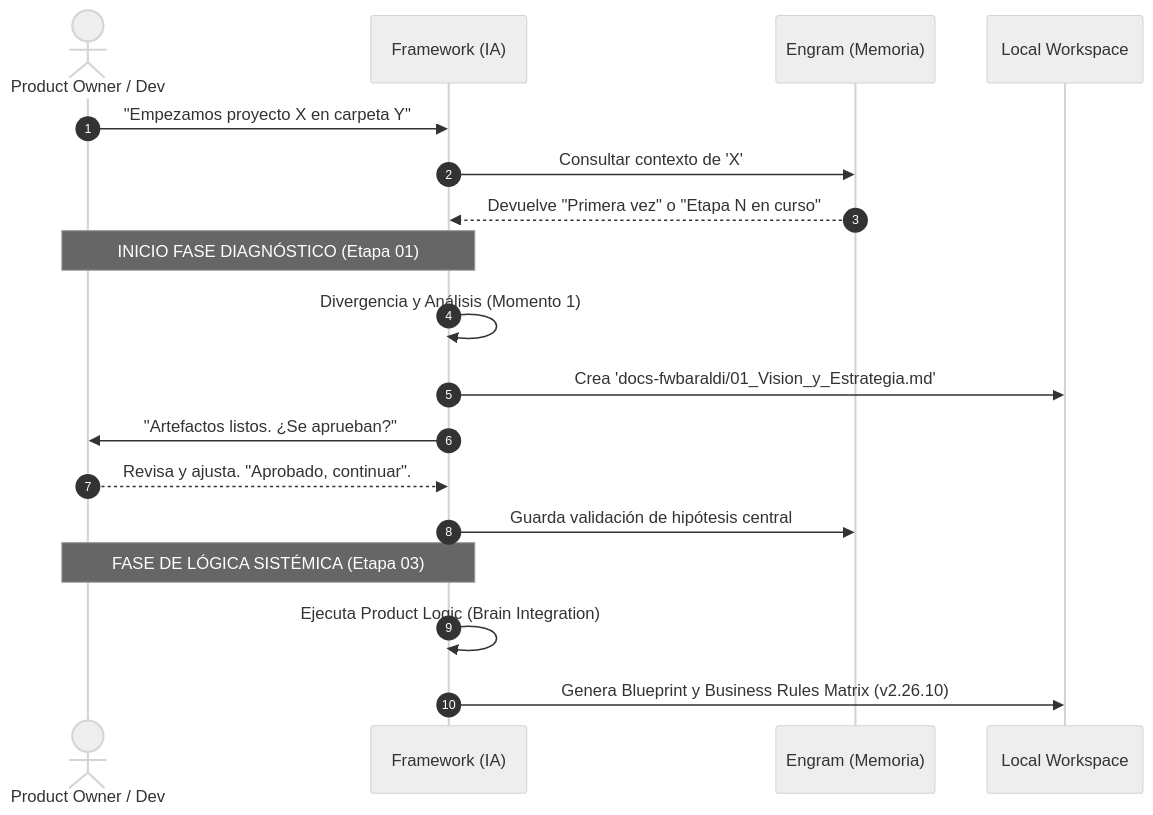
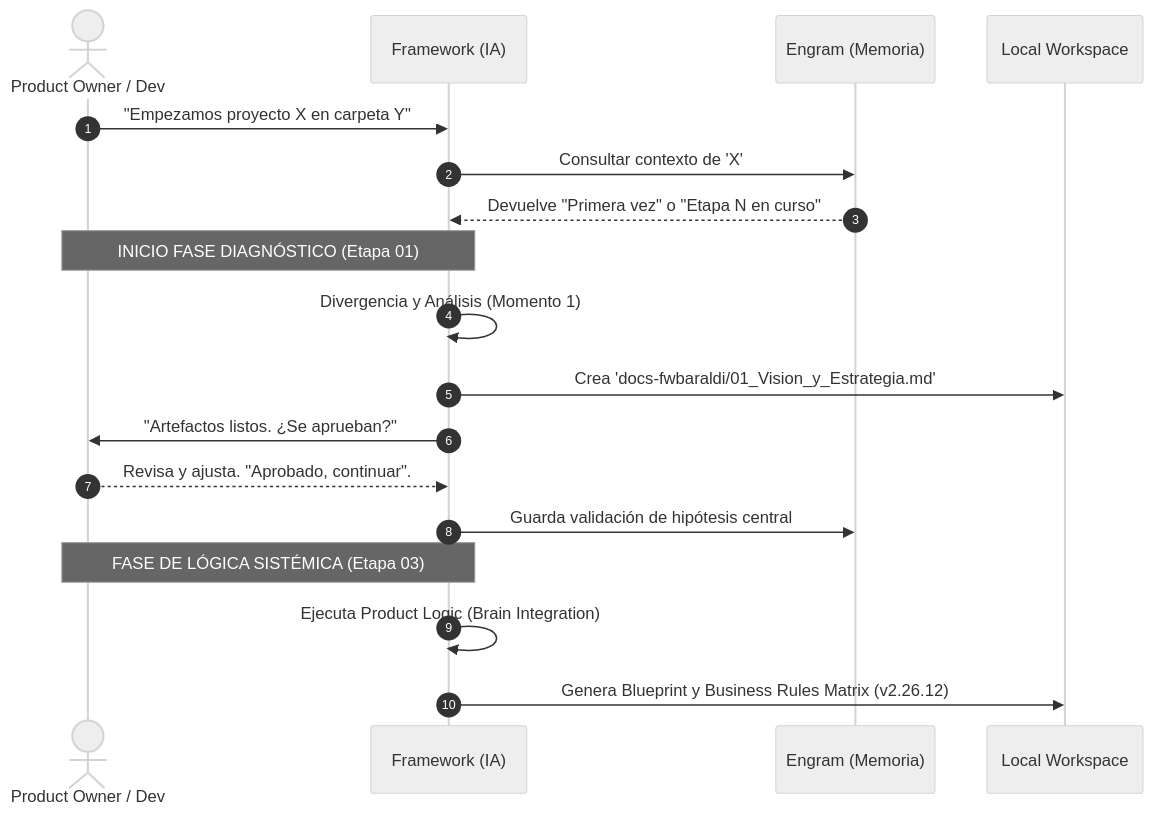
One commit to leobaraldi96/fwbaraldi changed the second of 2 diagrams in ARQUITECTURA_CORE.md. Above: the diagram before and after it, drawn with Mermaid (neutral theme). The commit also changed other lines of this file and 85 other files, not shown here.

````diff
--- a/ARQUITECTURA_CORE.md
+++ b/ARQUITECTURA_CORE.md
@@ -79,26 +79,26 @@
 ```mermaid
 sequenceDiagram
     autonumber
     actor Humano as Product Owner / Dev
     participant IA as Framework (IA)
     participant E as Engram (Memoria)
     participant FS as Local Workspace
 
     Humano->>IA: "Empezamos proyecto X en carpeta Y"
     IA->>E: Consultar contexto de 'X'
     E-->>IA: Devuelve "Primera vez" o "Etapa N en curso"
     
     note over IA,Humano: INICIO FASE DIAGNÓSTICO (Etapa 01)
     IA->>IA: Divergencia y Análisis (Momento 1)
     
     IA->>FS: Crea 'docs-fwbaraldi/01_Vision_y_Estrategia.md'
     IA->>Humano: "Artefactos listos. ¿Se aprueban?"
     
     Humano-->>IA: Revisa y ajusta. "Aprobado, continuar".
     
     IA->>E: Guarda validación de hipótesis central
     
     note over IA,Humano: FASE DE LÓGICA SISTÉMICA (Etapa 03)
     IA->>IA: Ejecuta Product Logic (Brain Integration)
-    IA->>FS: Genera Blueprint y Business Rules Matrix (v2.26.10)
+    IA->>FS: Genera Blueprint y Business Rules Matrix (v2.26.12)
 ```
````
